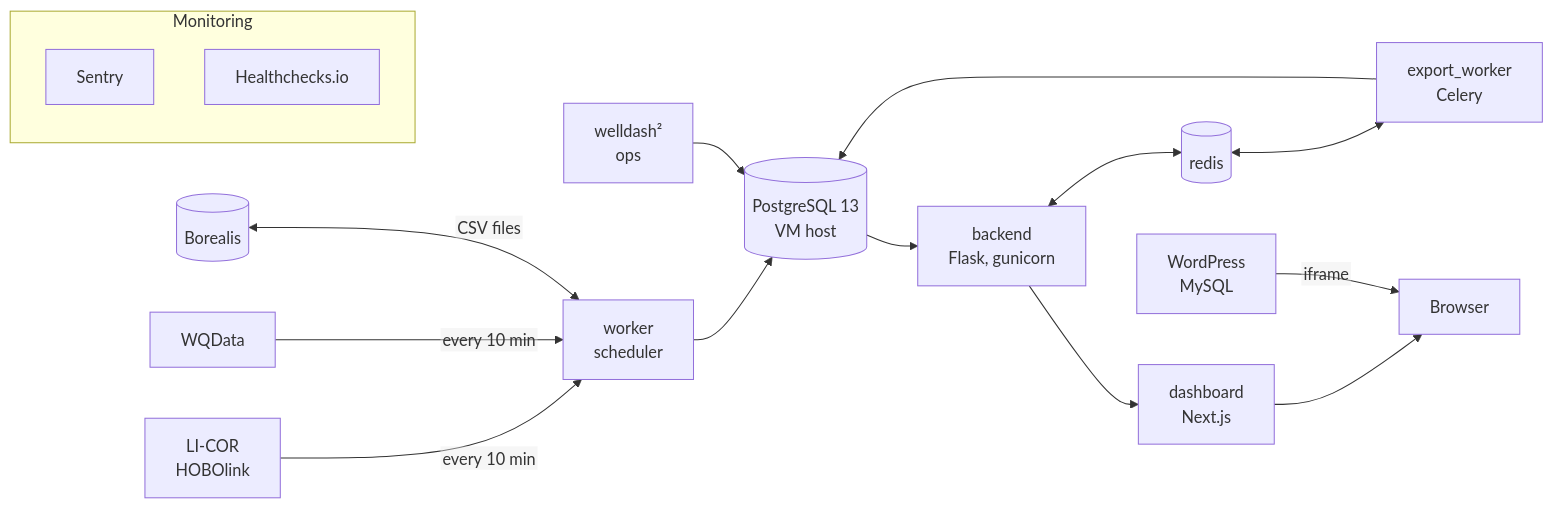
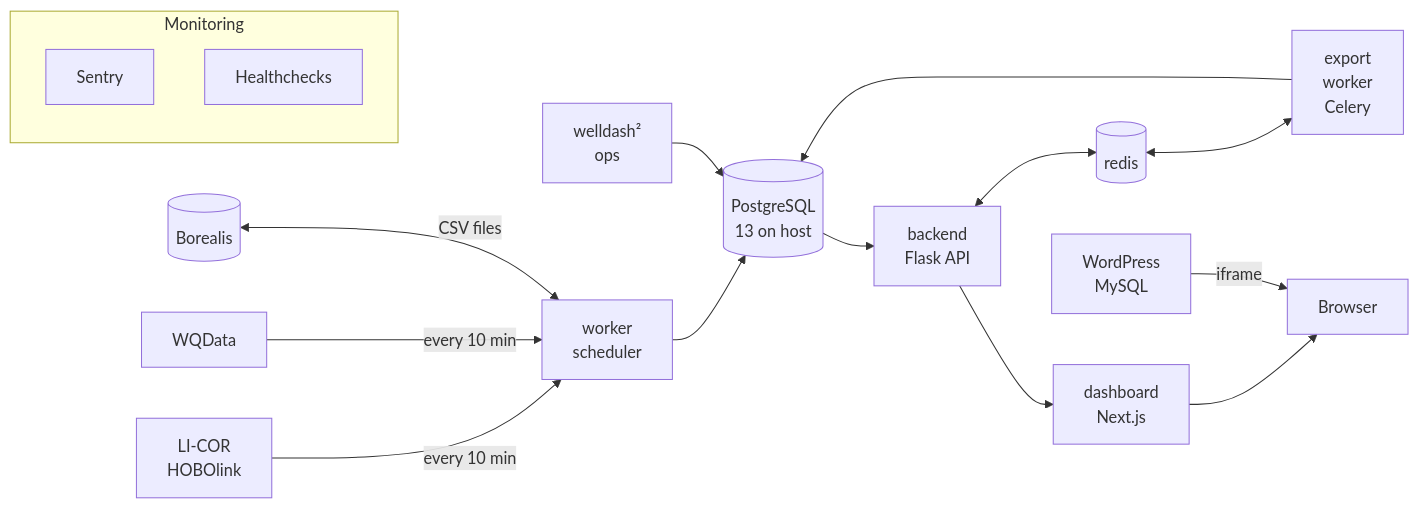
Before and after one commit to ARCO-Lab/WELLWebsite: the diagram in README.md, drawn with Mermaid. The commit also changed other lines of this file, not shown here.

Commit message:
Keep every diagram label line well inside the 120 px node width
GitHub ignores the htmlLabels setting and draws each node 120 px wide, so lines such as
"Healthchecks.io" and "export_worker" left almost no room; with a wider fallback font
they would be cut off again. Shorter lines leave room for that.

````diff
--- a/README.md
+++ b/README.md
@@ -22,20 +22,19 @@
 ```mermaid
-%%{init: {"flowchart": {"htmlLabels": false}}}%%
 flowchart LR
   licor["LI-COR<br/>HOBOlink"] -->|every 10 min| worker
   wqdata["WQData"] -->|every 10 min| worker
   borealis[("Borealis")] <-->|CSV files| worker
-  worker["worker<br/>scheduler"] --> pg[("PostgreSQL 13<br/>VM host")]
-  pg --> backend["backend<br/>Flask, gunicorn"]
+  worker["worker<br/>scheduler"] --> pg[("PostgreSQL<br/>13 on host")]
+  pg --> backend["backend<br/>Flask API"]
   backend <--> redis[("redis")]
-  redis <--> exp["export_worker<br/>Celery"]
+  redis <--> exp["export<br/>worker<br/>Celery"]
   exp --> pg
   backend --> nxt["dashboard<br/>Next.js"]
   nxt --> browser["Browser"]
   wp["WordPress<br/>MySQL"] -->|iframe| browser
   ops["welldash²<br/>ops"] --> pg
   subgraph mon["Monitoring"]
     sentry["Sentry"]
-    hc["Healthchecks.io"]
+    hc["Healthchecks"]
   end
 ```
````
